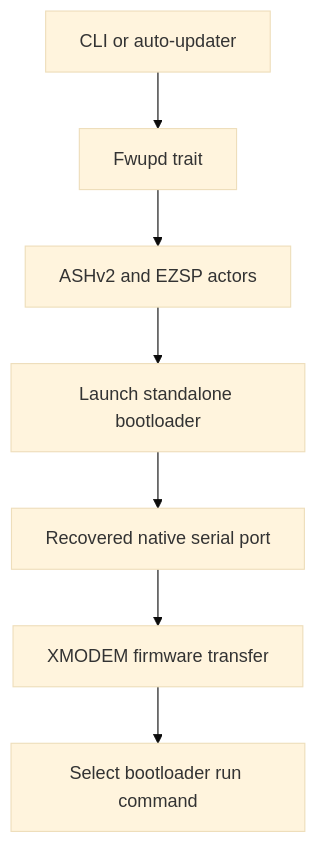
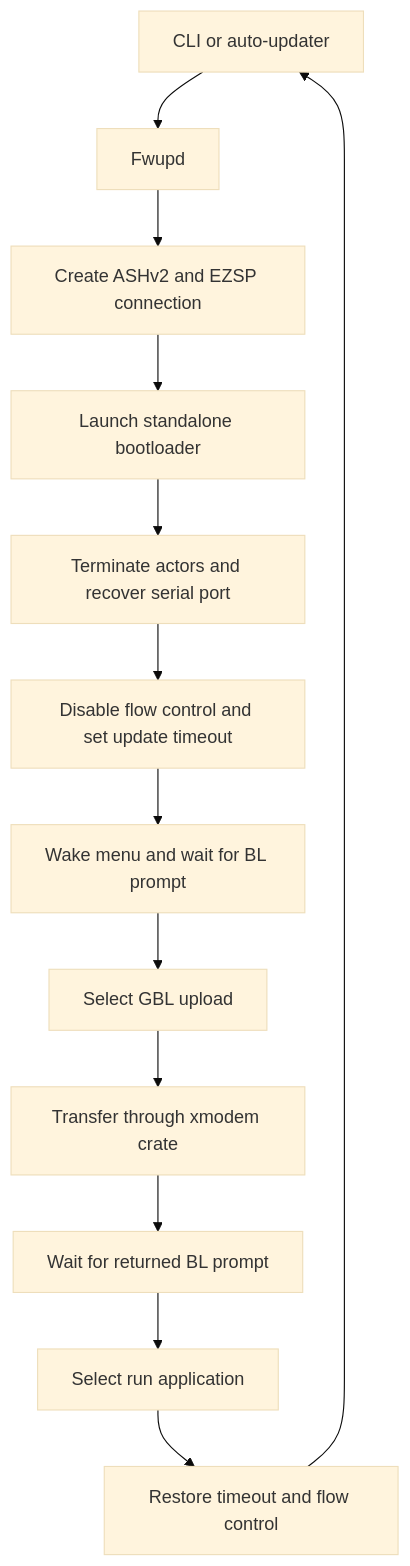
Before and after one commit to PaulmannLighting/ezsp-fwupd: the first of 2 diagrams in ARCHITECTURE.md, drawn with Mermaid (base theme). The commit also changed other lines of this file and 13 other files, not shown here.

Commit message:
Document firmware update architecture

````diff
--- a/ARCHITECTURE.md
+++ b/ARCHITECTURE.md
@@ -9,9 +14,15 @@
 ```mermaid
 flowchart TD
-    Caller[CLI or auto-updater] --> Fwupd[Fwupd trait]
-    Fwupd --> Actors[ASHv2 and EZSP actors]
-    Actors --> Bootloader[Launch standalone bootloader]
-    Bootloader --> Serial[Recovered native serial port]
-    Serial --> Xmodem[XMODEM firmware transfer]
-    Xmodem --> RunApplication[Select bootloader run command]
+    Caller[CLI or auto-updater] --> Fwupd[Fwupd]
+    Fwupd --> MakeUart[Create ASHv2 and EZSP connection]
+    MakeUart --> Launch[Launch standalone bootloader]
+    Launch --> Terminate[Terminate actors and recover serial port]
+    Terminate --> Configure[Disable flow control and set update timeout]
+    Configure --> Menu[Wake menu and wait for BL prompt]
+    Menu --> Upload[Select GBL upload]
+    Upload --> Xmodem[Transfer through xmodem crate]
+    Xmodem --> Ready[Wait for returned BL prompt]
+    Ready --> Run[Select run application]
+    Run --> Restore[Restore timeout and flow control]
+    Restore --> Caller
 ```
````
